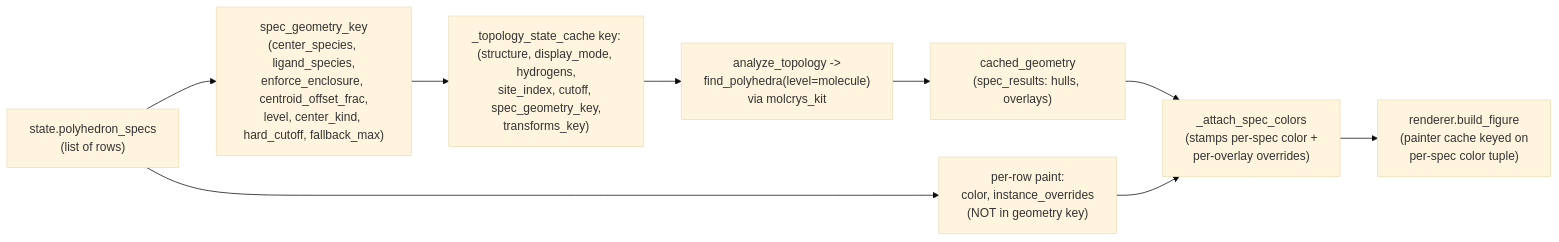
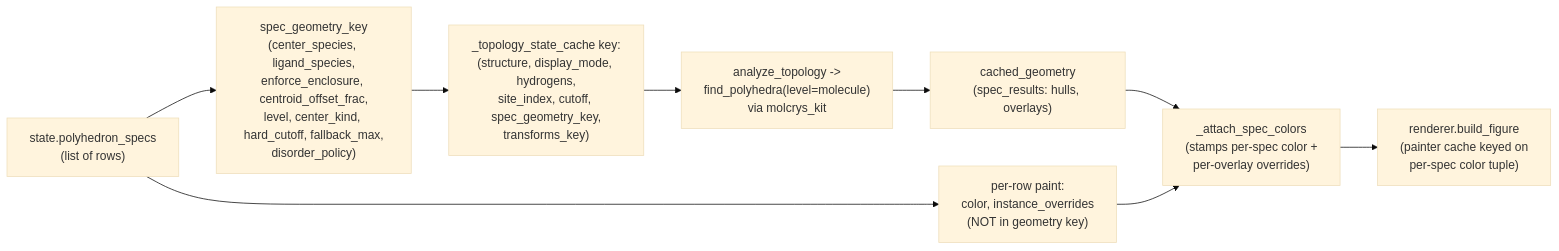
One commit to SchrodingersCattt/MatterVis changed the first of 2 diagrams in docs/agents/polyhedron_api.md. Above: the diagram before and after it, drawn with Mermaid (base theme). The commit also changed other lines of this file and 32 other files, not shown here.

First line of the commit message:
Expose a disorder policy for polyhedron shells (#249)

````diff
--- a/docs/agents/polyhedron_api.md
+++ b/docs/agents/polyhedron_api.md
@@ -42,11 +43,11 @@
 ```mermaid
 flowchart LR
-  A["state.polyhedron_specs<br/>(list of rows)"] --> G["spec_geometry_key<br/>(center_species, ligand_species,<br/>enforce_enclosure, centroid_offset_frac,<br/>level, center_kind, hard_cutoff, fallback_max)"]
+  A["state.polyhedron_specs<br/>(list of rows)"] --> G["spec_geometry_key<br/>(center_species, ligand_species,<br/>enforce_enclosure, centroid_offset_frac,<br/>level, center_kind, hard_cutoff, fallback_max,<br/>disorder_policy)"]
   A --> P["per-row paint:<br/>color, instance_overrides<br/>(NOT in geometry key)"]
   G --> K["_topology_state_cache key:<br/>(structure, display_mode, hydrogens,<br/>site_index, cutoff, spec_geometry_key,<br/>transforms_key)"]
   K --> M["analyze_topology -><br/>find_polyhedra(level=molecule)<br/>via molcrys_kit"]
   M --> R["cached_geometry<br/>(spec_results: hulls, overlays)"]
   R --> S["_attach_spec_colors<br/>(stamps per-spec color +<br/>per-overlay overrides)"]
   P --> S
   S --> F["renderer.build_figure<br/>(painter cache keyed on<br/>per-spec color tuple)"]
 ```
````
